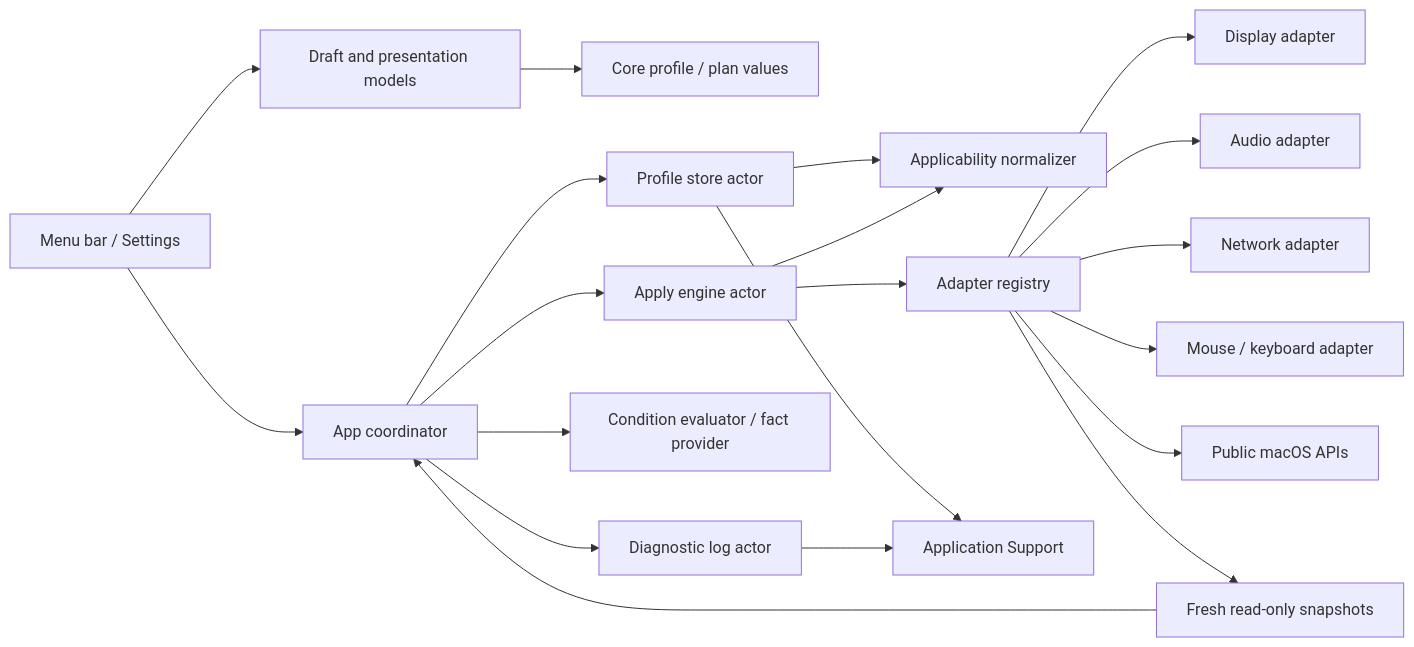
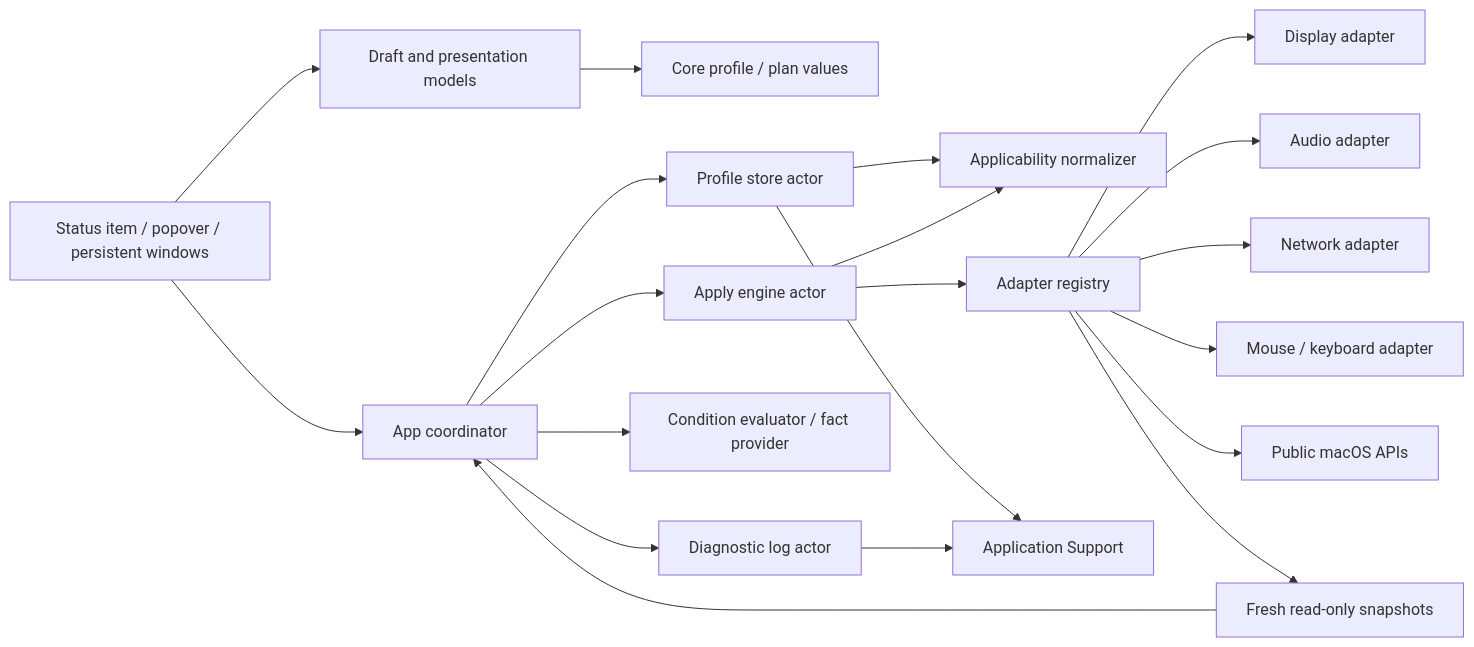
One commit to GGULBAE/desk-setup-switcher changed the first of 2 diagrams in docs/ARCHITECTURE.md. Above: the diagram before and after it, drawn with Mermaid. The commit also changed other lines of this file and 57 other files, not shown here.

````diff
--- a/docs/ARCHITECTURE.md
+++ b/docs/ARCHITECTURE.md
@@ -31,22 +31,22 @@
 ```mermaid
 flowchart LR
-    UI["Menu bar / Settings"] --> Presentation["Draft and presentation models"]
+    UI["Status item / popover / persistent windows"] --> Presentation["Draft and presentation models"]
     Presentation --> CoreValues["Core profile / plan values"]
     UI --> Coordinator["App coordinator"]
     Coordinator --> Store["Profile store actor"]
     Store --> Normalizer["Applicability normalizer"]
     Coordinator --> Diagnostics["Diagnostic log actor"]
     Coordinator --> Conditions["Condition evaluator / fact provider"]
     Coordinator --> Engine["Apply engine actor"]
     Engine --> Registry["Adapter registry"]
     Engine --> Normalizer
     Registry --> Display["Display adapter"]
     Registry --> Audio["Audio adapter"]
     Registry --> Network["Network adapter"]
     Registry --> Input["Mouse / keyboard adapter"]
     Store --> AppSupport["Application Support"]
     Diagnostics --> AppSupport
     Registry --> macOS["Public macOS APIs"]
     Registry --> ReadBack["Fresh read-only snapshots"]
     ReadBack --> Coordinator
 ```
````
